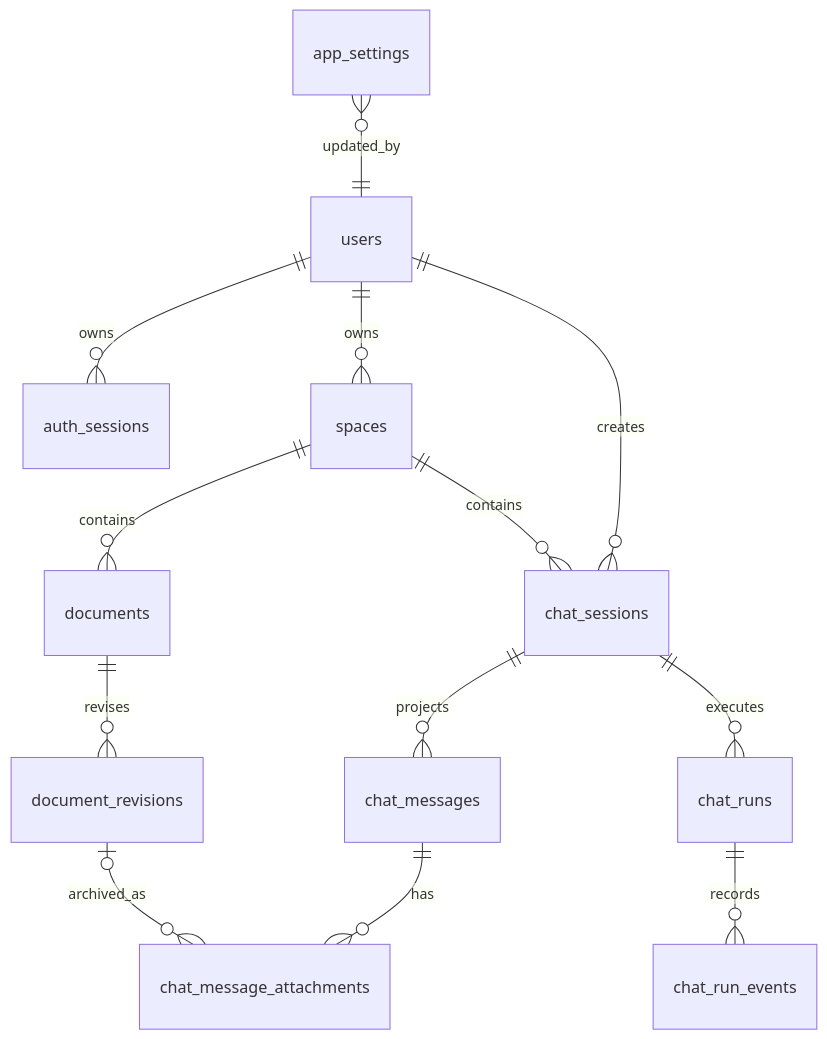
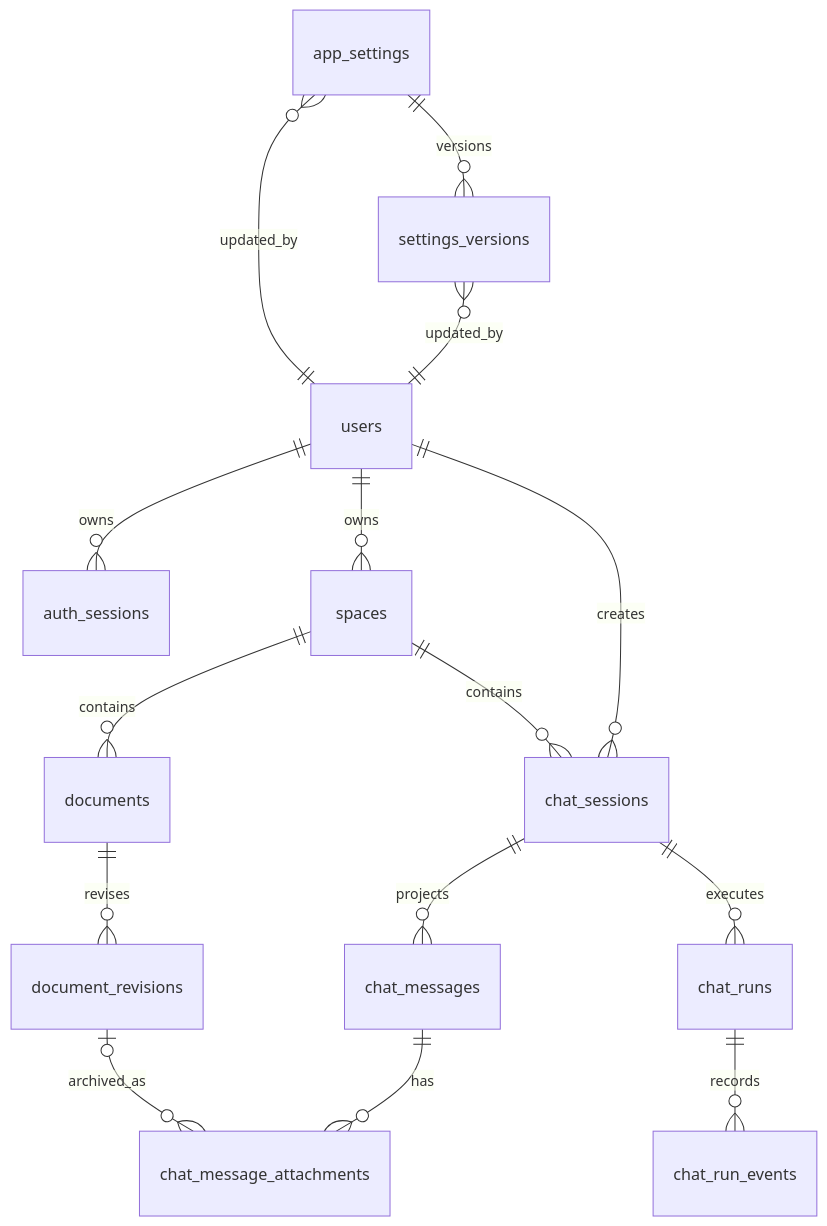
Before and after one commit to crper/knowledge-chatbox: the diagram in docs/arch/database-design.md, drawn with Mermaid. The commit also changed other lines of this file and 306 other files, not shown here.

````diff
--- a/docs/arch/database-design.md
+++ b/docs/arch/database-design.md
@@ -54,18 +58,20 @@
 ```mermaid
 erDiagram
   users ||--o{ auth_sessions : owns
   users ||--o{ spaces : owns
   spaces ||--o{ documents : contains
   documents ||--o{ document_revisions : revises
 
   spaces ||--o{ chat_sessions : contains
   users ||--o{ chat_sessions : creates
   chat_sessions ||--o{ chat_messages : projects
   chat_sessions ||--o{ chat_runs : executes
   chat_runs ||--o{ chat_run_events : records
   chat_messages ||--o{ chat_message_attachments : has
 
   document_revisions o|--o{ chat_message_attachments : archived_as
 
   app_settings }o--|| users : updated_by
+  app_settings ||--o{ settings_versions : versions
+  settings_versions }o--|| users : updated_by
 ```
````
